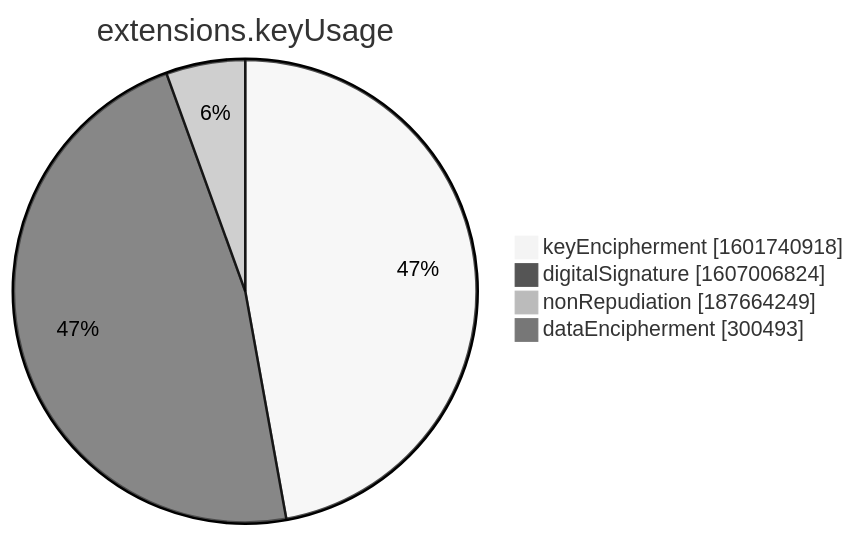
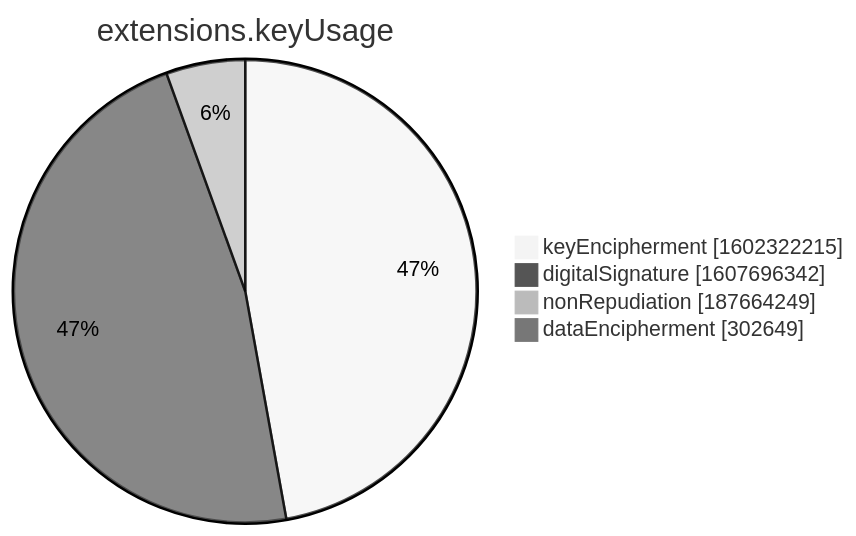
Before and after one commit to christiankrug/ctmonitor_visualization: the seventh of 15 diagrams in xenon2022/README.md, drawn with Mermaid (neutral theme). The commit also changed other lines of this file, not shown here.

````diff
--- a/xenon2022/README.md
+++ b/xenon2022/README.md
@@ -2854,8 +2854,8 @@
 ```mermaid
 pie showData
 title extensions.keyUsage
-"keyEncipherment" :1601740918
-"digitalSignature" :1607006824
+"keyEncipherment" :1602322215
+"digitalSignature" :1607696342
 "nonRepudiation" :187664249
-"dataEncipherment" :300493
+"dataEncipherment" :302649
 ```
````
